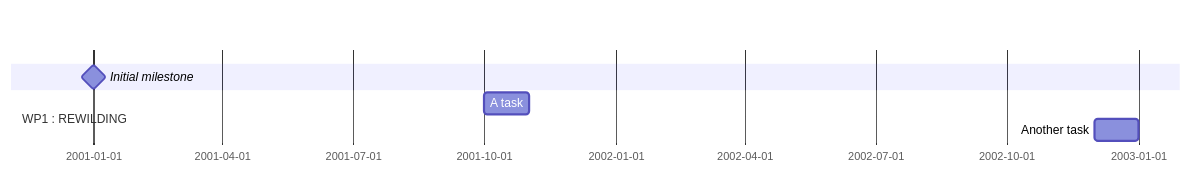
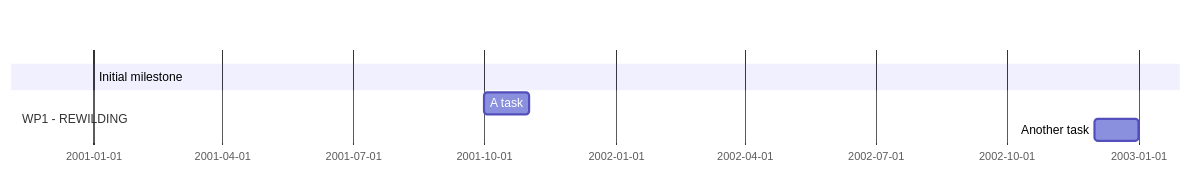
The diagram in content/deliverables/index.md (REWILD-FIRE/rewild_fire_website), drawn with Mermaid before and after one commit.

Commit message:
Update index.md
a new test

````diff
--- a/content/deliverables/index.md
+++ b/content/deliverables/index.md
@@ -13,8 +13,8 @@
 ```mermaid
 gantt
   dateFormat  YY-MM
-  Initial milestone : milestone, m1, 01-01, 0M
-  section WP1 : REWILDING
+  Initial milestone : m1, 01-01, 0M
+  section WP1 - REWILDING
   A task           : 01-10, 1M
   Another task     : 02-12, 1M
 ```
````
